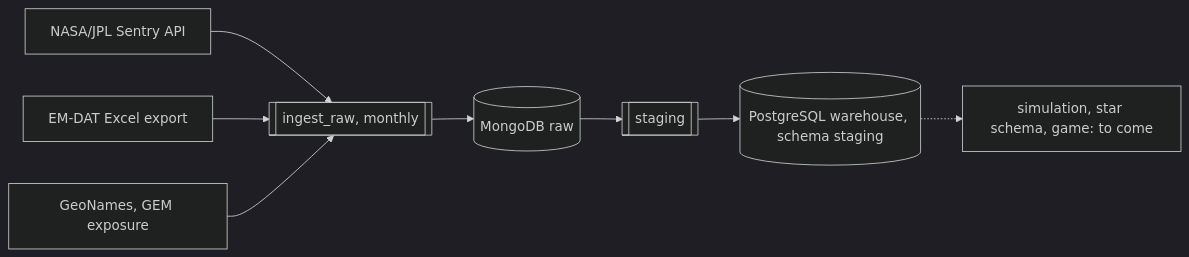
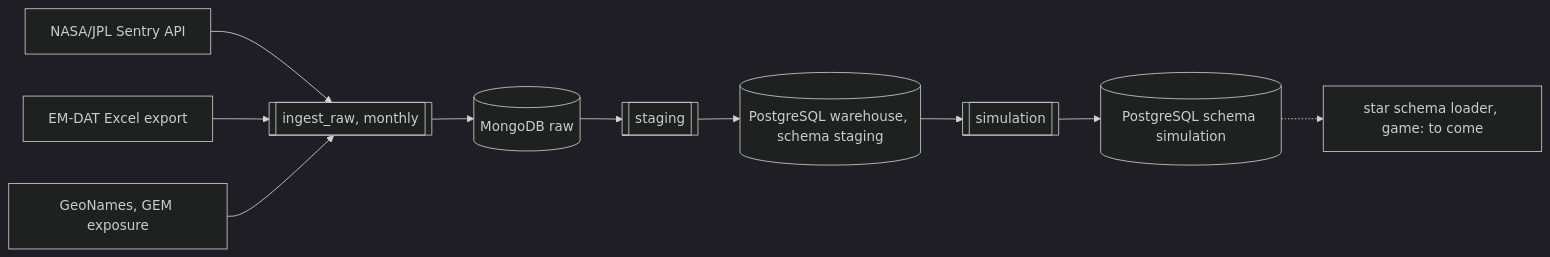
Before and after one commit to NgoHung0704/ot7-projet: the diagram in README.md, drawn with Mermaid (dark theme). The commit also changed other lines of this file and 18 other files, not shown here.

````diff
--- a/README.md
+++ b/README.md
@@ -102,10 +103,12 @@
 ```mermaid
 flowchart LR
   S[NASA/JPL Sentry API] --> I
   E[EM-DAT Excel export] --> I
   G[GeoNames, GEM exposure] --> I
   I[[ingest_raw, monthly]] --> M[(MongoDB raw)]
   M --> T[[staging]]
   T --> P[(PostgreSQL warehouse, schema staging)]
-  P -.-> N[simulation, star schema, game: to come]
+  P --> S2[[simulation]]
+  S2 --> R[(PostgreSQL schema simulation)]
+  R -.-> N[star schema loader, game: to come]
 ```
````
